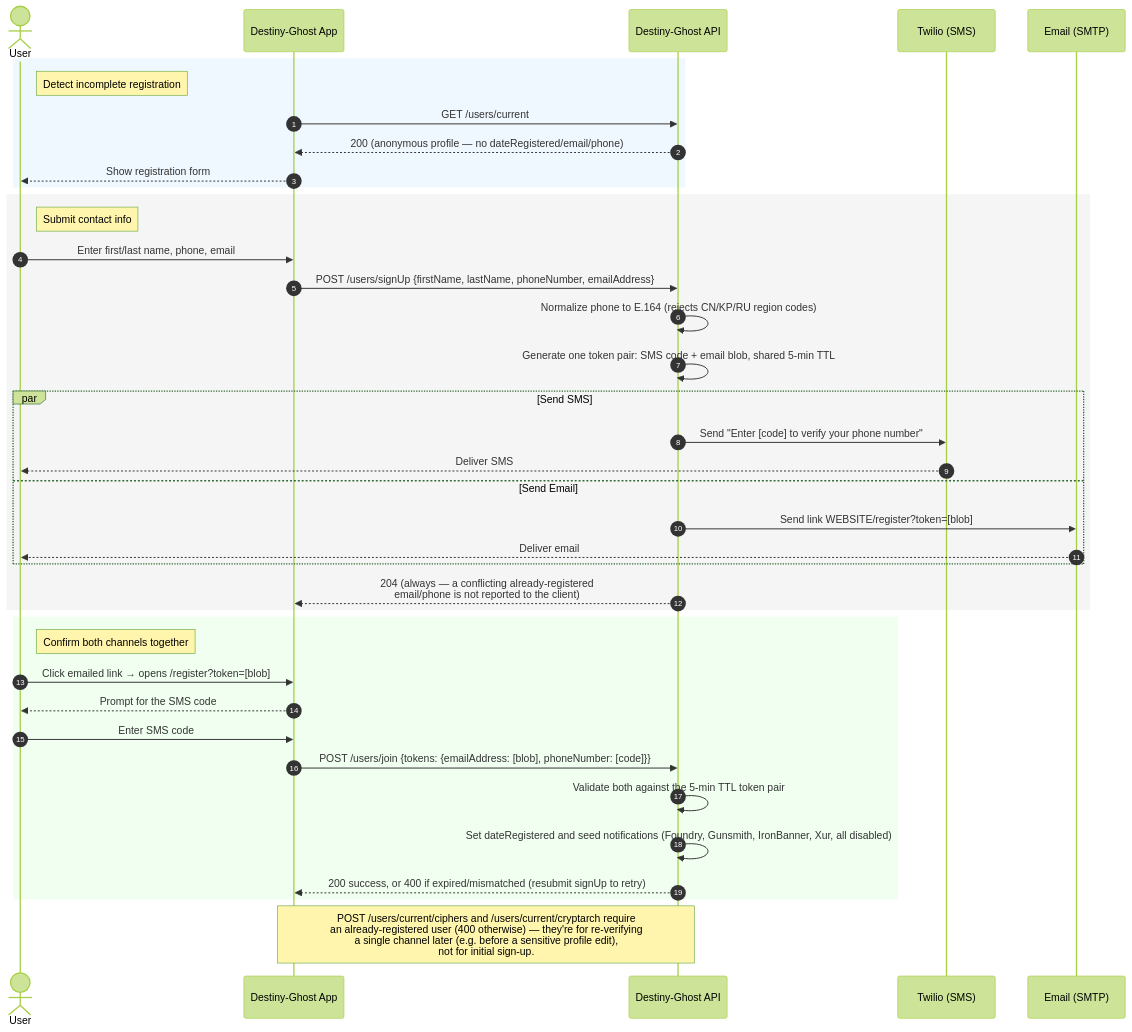
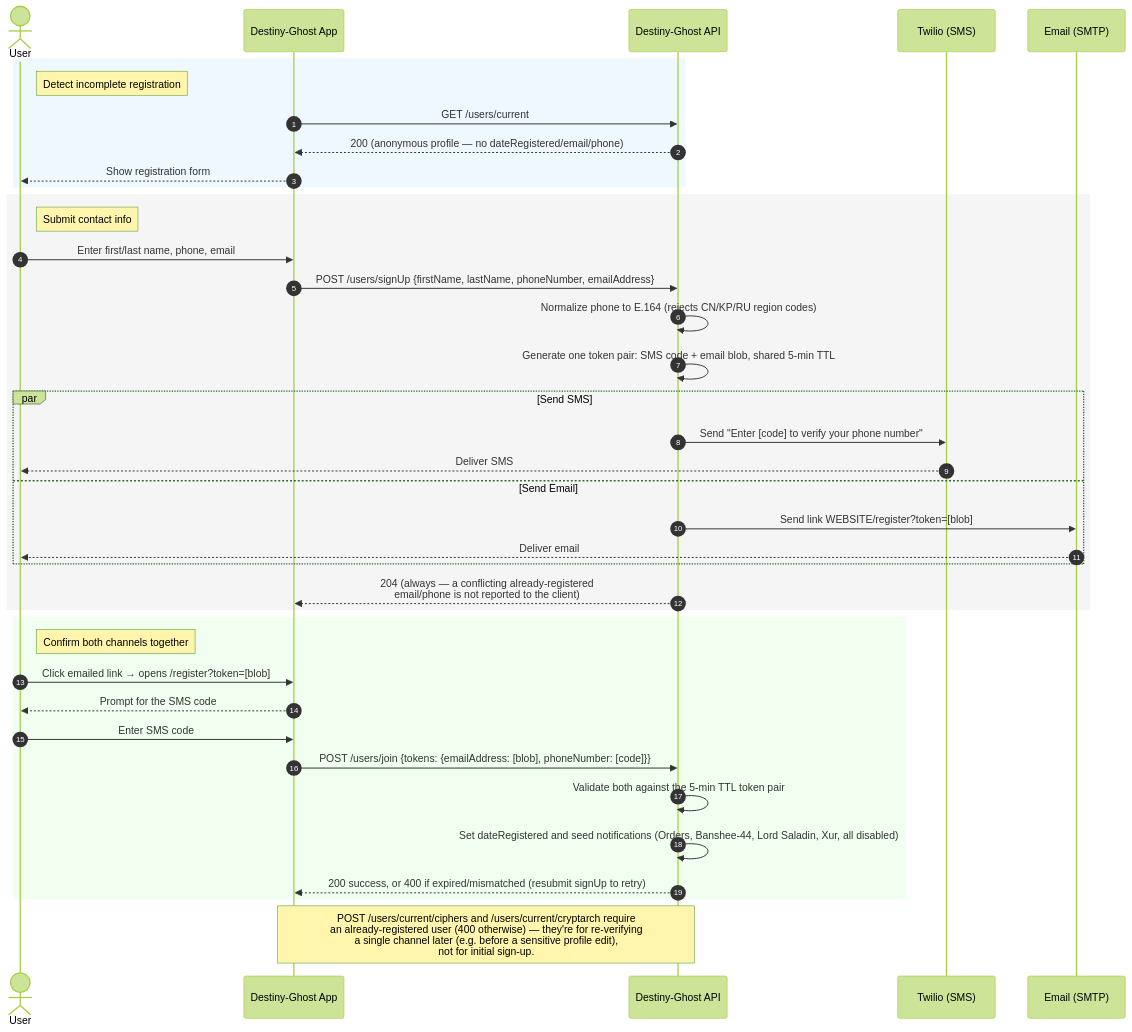
One commit to chrispaskvan/destiny-ghost-api changed the second of 3 diagrams in DIAGRAM.md. Above: the diagram before and after it, drawn with Mermaid (forest theme).

Commit message:
docs(diagram): use real notification values, not the type keys
DIAGRAM.md said registration seeds "Foundry, Gunsmith, IronBanner,
Xur", but those are notificationTypes' lookup keys, not the values
actually persisted as notification.type (Orders, Banshee-44,
Lord Saladin, Xur). As written it would mislead a frontend consumer
about what GET /users/current returns and what /notifications/{i}/type
values are valid to match against.

````diff
--- a/DIAGRAM.md
+++ b/DIAGRAM.md
@@ -47,45 +47,45 @@
 ```mermaid
 sequenceDiagram
     autonumber
     actor User
     participant WebApp as Destiny-Ghost App
     participant API as Destiny-Ghost API
     participant SMS as Twilio (SMS)
     participant Email as Email (SMTP)
 
     rect rgb(240, 248, 255)
         note right of User: Detect incomplete registration
         WebApp->>API: GET /users/current
         API-->>WebApp: 200 (anonymous profile — no dateRegistered/email/phone)
         WebApp-->>User: Show registration form
     end
 
     rect rgb(245, 245, 245)
         note right of User: Submit contact info
         User->>WebApp: Enter first/last name, phone, email
         WebApp->>API: POST /users/signUp {firstName, lastName, phoneNumber, emailAddress}
         API->>API: Normalize phone to E.164 (rejects CN/KP/RU region codes)
         API->>API: Generate one token pair: SMS code + email blob, shared 5-min TTL
         par Send SMS
             API->>SMS: Send "Enter [code] to verify your phone number"
             SMS-->>User: Deliver SMS
         and Send Email
             API->>Email: Send link WEBSITE/register?token=[blob]
             Email-->>User: Deliver email
         end
         API-->>WebApp: 204 (always — a conflicting already-registered<br/>email/phone is not reported to the client)
     end
 
     rect rgb(240, 255, 240)
         note right of User: Confirm both channels together
         User->>WebApp: Click emailed link → opens /register?token=[blob]
         WebApp-->>User: Prompt for the SMS code
         User->>WebApp: Enter SMS code
         WebApp->>API: POST /users/join {tokens: {emailAddress: [blob], phoneNumber: [code]}}
         API->>API: Validate both against the 5-min TTL token pair
-        API->>API: Set dateRegistered and seed notifications (Foundry, Gunsmith, IronBanner, Xur, all disabled)
+        API->>API: Set dateRegistered and seed notifications (Orders, Banshee-44, Lord Saladin, Xur, all disabled)
         API-->>WebApp: 200 success, or 400 if expired/mismatched (resubmit signUp to retry)
     end
 
     note over WebApp,API: POST /users/current/ciphers and /users/current/cryptarch require<br/>an already-registered user (400 otherwise) — they're for re-verifying<br/>a single channel later (e.g. before a sensitive profile edit),<br/>not for initial sign-up.
 ```
````
